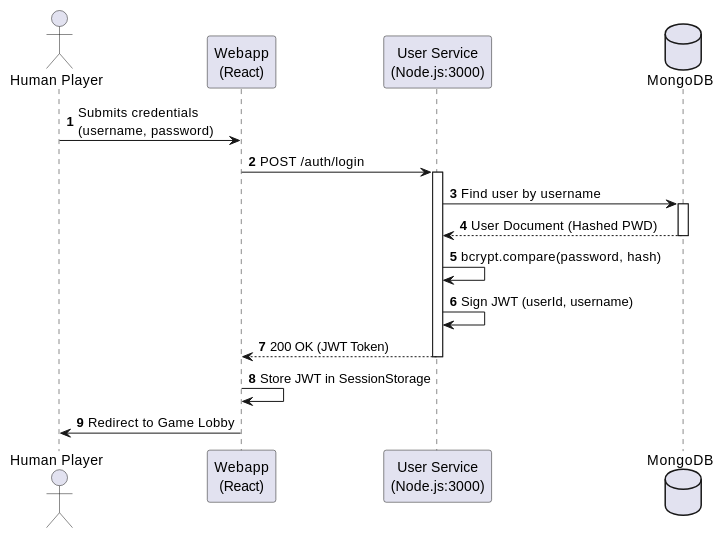
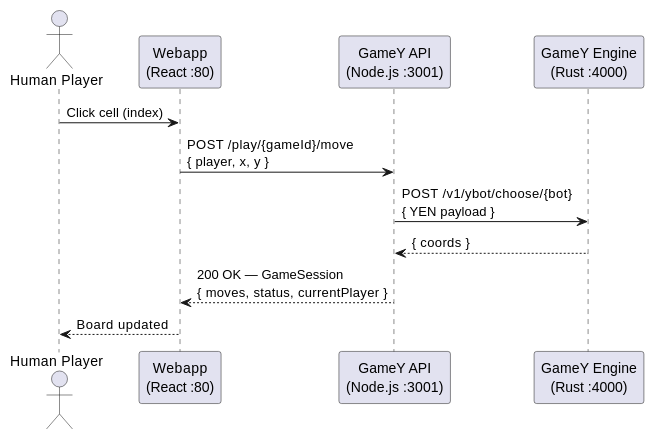
Before and after one commit to Arquisoft/yovi_en1a: the first of 5 diagrams in docs/src/06_runtime_view.adoc, drawn with PlantUML. The commit also changed other lines of this file, not shown here.

```diff
--- a/docs/src/06_runtime_view.adoc
+++ b/docs/src/06_runtime_view.adoc
@@ -10,28 +10,16 @@
-[plantuml, target="auth-flow", format="png"]
+[plantuml, target="human-vs-ai-move", format="png"]
 ----
 @startuml
-autonumber
-actor "Human Player" as User
-participant "Webapp\n(React)" as UI
-participant "User Service\n(Node.js:3000)" as UserSvc
-database "MongoDB" as DB
+actor "Human Player" as Player
+participant "Webapp\n(React :80)" as Webapp
+participant "GameY API\n(Node.js :3001)" as API
+participant "GameY Engine\n(Rust :4000)" as Engine
 
-User -> UI : Submits credentials\n(username, password)
-UI -> UserSvc : POST /auth/login
-activate UserSvc
-
-UserSvc -> DB : Find user by username
-activate DB
-DB --> UserSvc : User Document (Hashed PWD)
-deactivate DB
-
-UserSvc -> UserSvc : bcrypt.compare(password, hash)
-UserSvc -> UserSvc : Sign JWT (userId, username)
-
-UserSvc --> UI : 200 OK (JWT Token)
-deactivate UserSvc
-
-UI -> UI : Store JWT in SessionStorage
-UI -> User : Redirect to Game Lobby
+Player -> Webapp : Click cell (index)
+Webapp -> API : POST /play/{gameId}/move\n{ player, x, y }
+API -> Engine : POST /v1/ybot/choose/{bot}\n{ YEN payload }
+Engine --> API : { coords }
+API --> Webapp : 200 OK — GameSession\n{ moves, status, currentPlayer }
+Webapp --> Player : Board updated
 @enduml
 ----
```
